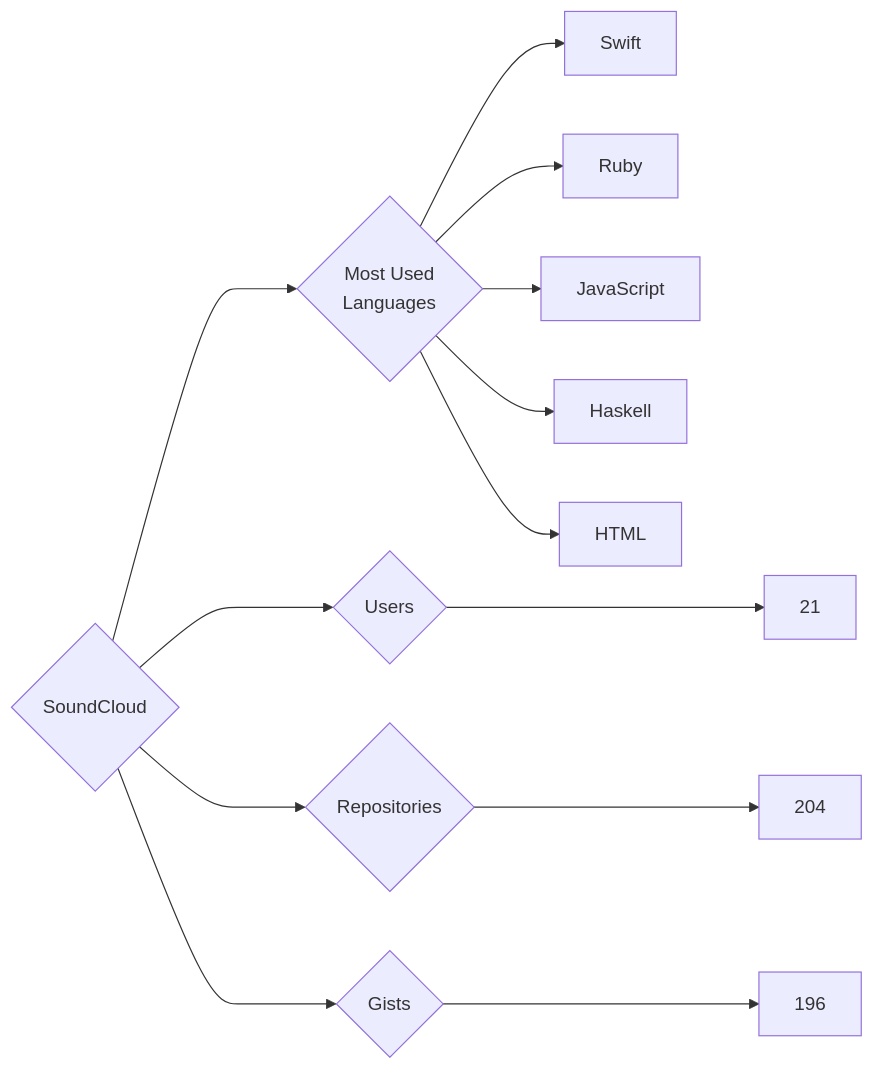
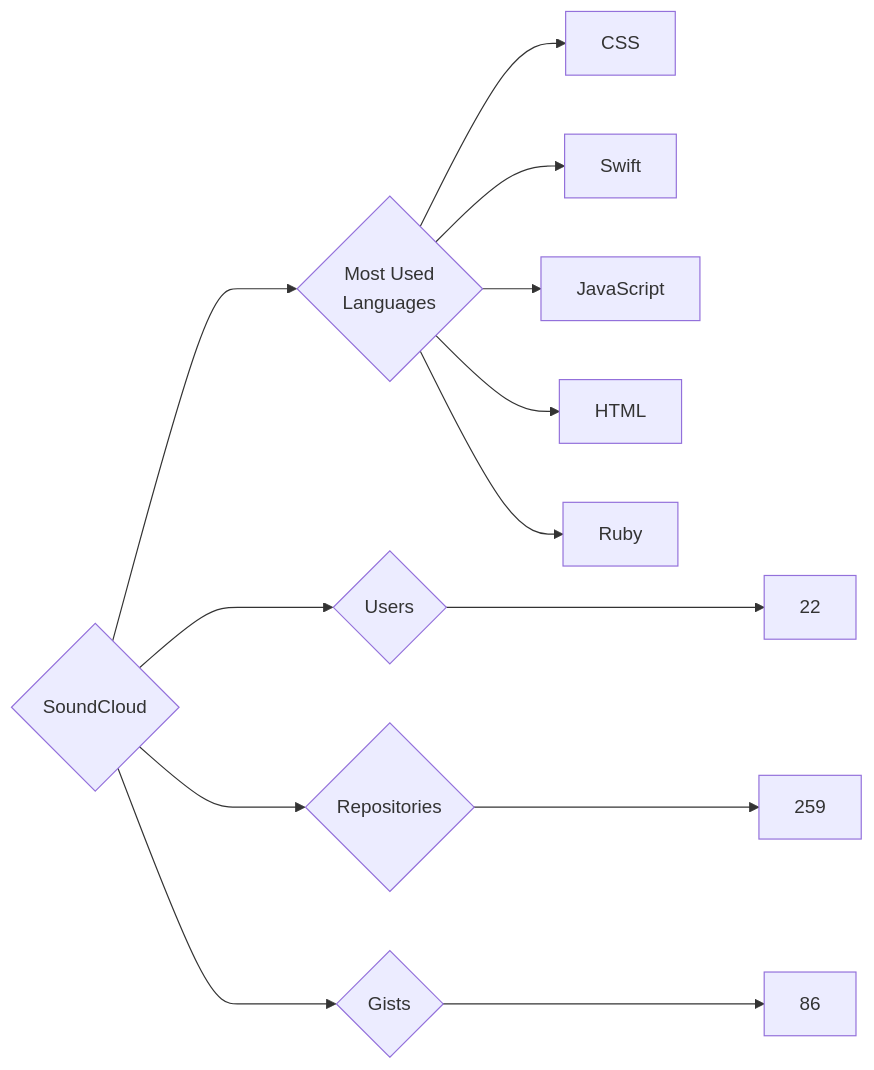
The diagram in targets/SoundCloud/README.md (trickest/insiders), drawn with Mermaid before and after one commit. The commit also changed 1508 other files, not shown here.

````diff
--- a/targets/SoundCloud/README.md
+++ b/targets/SoundCloud/README.md
@@ -3,13 +3,13 @@
 ```mermaid
 graph LR
 COMPANY_NAME{SoundCloud}
-COMPANY_NAME ---> U{Users} ---> UN[21]
-COMPANY_NAME ---> R{Repositories} ---> RN[204]
-COMPANY_NAME ---> G{Gists} ---> GN[196]
+COMPANY_NAME ---> U{Users} ---> UN[22]
+COMPANY_NAME ---> R{Repositories} ---> RN[259]
+COMPANY_NAME ---> G{Gists} ---> GN[86]
 COMPANY_NAME ---> ML{Most Used<br>Languages}
+ML --> CSS[CSS]
 ML --> Swift[Swift]
+ML --> JavaScript[JavaScript]
+ML --> HTML[HTML]
 ML --> Ruby[Ruby]
-ML --> JavaScript[JavaScript]
-ML --> Haskell[Haskell]
-ML --> HTML[HTML]
 ```
````
